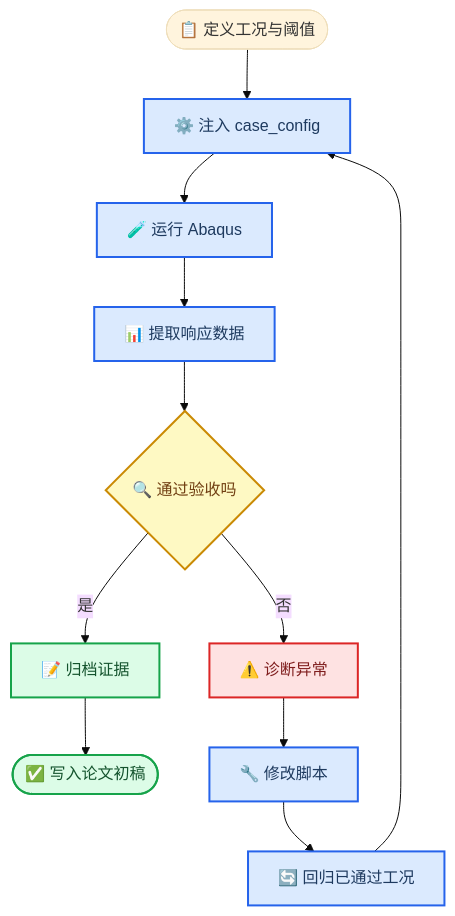
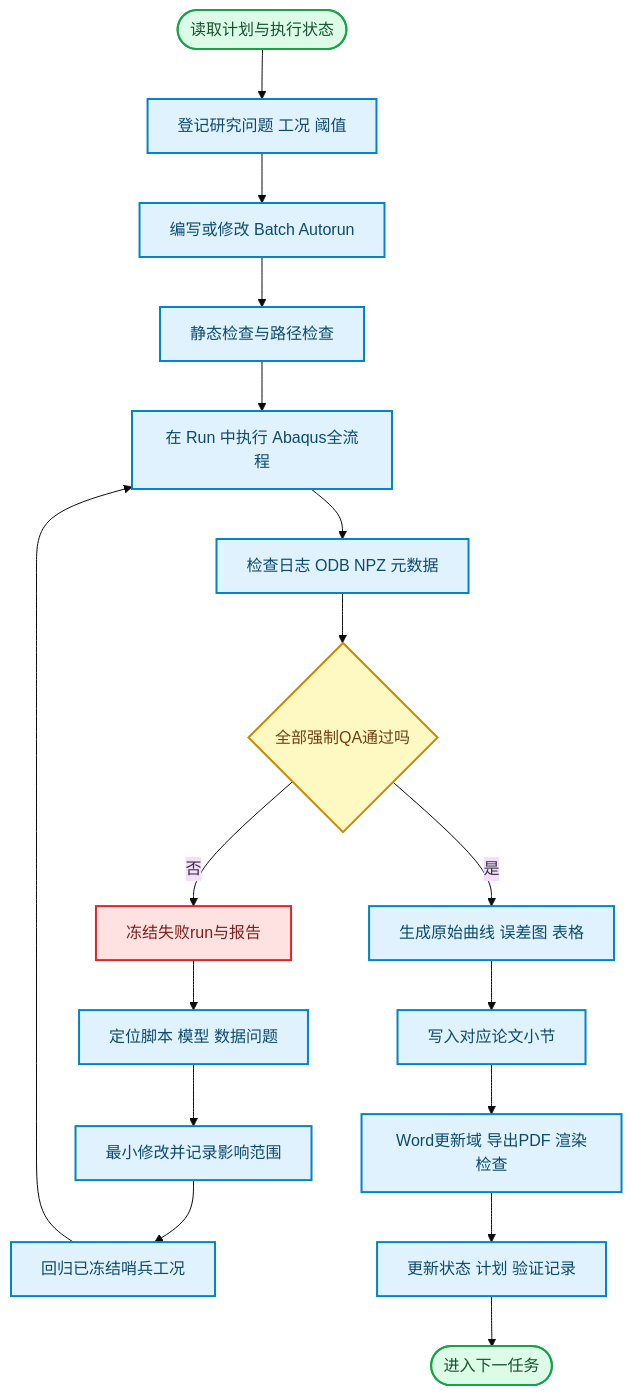
Before and after one commit to joyjoyfresh/AbqScripts: the second of 2 diagrams in docs/计划文档/第三章数值模型与可信性验证实施计划.md, drawn with Mermaid (base theme). The commit also changed other lines of this file and 25 other files, not shown here.

````diff
--- a/docs/计划文档/第三章数值模型与可信性验证实施计划.md
+++ b/docs/计划文档/第三章数值模型与可信性验证实施计划.md
@@ -29,26 +243,32 @@
 ```mermaid
 flowchart TB
-    accTitle: 第三章试验闭环
-    accDescr: 每个第三章试验单元从配置注入开始，经Abaqus模拟和数据诊断后，只有达到预设验收条件才可写入论文；失败时先记录原因并回归已有基准。
+    accTitle: 第三章单任务自动执行闭环
+    accDescr: Agent 先读取唯一状态与计划，登记工况和阈值后生成 Batch Autorun，在 Run 中求解并从 NPZ 计算多门槛指标；失败时保存证据、定位和回归，全部通过后才生成图表并写入对应 Word 小节。
 
-    define_case([📋 定义工况与阈值]) --> inject_config[⚙️ 注入 case_config]
-    inject_config --> run_abaqus[🧪 运行 Abaqus]
-    run_abaqus --> extract_data[📊 提取响应数据]
-    extract_data --> check_gate{🔍 通过验收吗}
-    check_gate -->|是| archive_evidence[📝 归档证据]
-    archive_evidence --> write_thesis([✅ 写入论文初稿])
-    check_gate -->|否| diagnose_issue[⚠️ 诊断异常]
-    diagnose_issue --> patch_script[🔧 修改脚本]
-    patch_script --> regression_run[🔄 回归已通过工况]
-    regression_run --> inject_config
+    state([读取计划与执行状态]) --> prereg[登记研究问题 工况 阈值]
+    prereg --> author[编写或修改 Batch Autorun]
+    author --> static[静态检查与路径检查]
+    static --> run[在 Run 中执行 Abaqus全流程]
+    run --> inspect[检查日志 ODB NPZ 元数据]
+    inspect --> gate{全部强制QA通过吗}
+    gate -->|否| preserve[冻结失败run与报告]
+    preserve --> diagnose[定位脚本 模型 数据问题]
+    diagnose --> patch[最小修改并记录影响范围]
+    patch --> regress[回归已冻结哨兵工况]
+    regress --> run
+    gate -->|是| figures[生成原始曲线 误差图 表格]
+    figures --> write[写入对应论文小节]
+    write --> render[Word更新域 导出PDF 渲染检查]
+    render --> update[更新状态 计划 验证记录]
+    update --> next([进入下一任务])
 
-    classDef process fill:#dbeafe,stroke:#2563eb,stroke-width:2px,color:#1e3a5f
+    classDef process fill:#e0f2fe,stroke:#0284c7,stroke-width:2px,color:#0c4a6e
     classDef decision fill:#fef9c3,stroke:#ca8a04,stroke-width:2px,color:#713f12
-    classDef success fill:#dcfce7,stroke:#16a34a,stroke-width:2px,color:#14532d
     classDef warning fill:#fee2e2,stroke:#dc2626,stroke-width:2px,color:#7f1d1d
+    classDef finish fill:#dcfce7,stroke:#16a34a,stroke-width:2px,color:#14532d
 
-    class inject_config,run_abaqus,extract_data,patch_script,regression_run process
-    class check_gate decision
-    class archive_evidence,write_thesis success
-    class diagnose_issue warning
+    class prereg,author,static,run,inspect,diagnose,patch,regress,figures,write,render,update process
+    class gate decision
+    class preserve warning
+    class state,next finish
 ```
````
